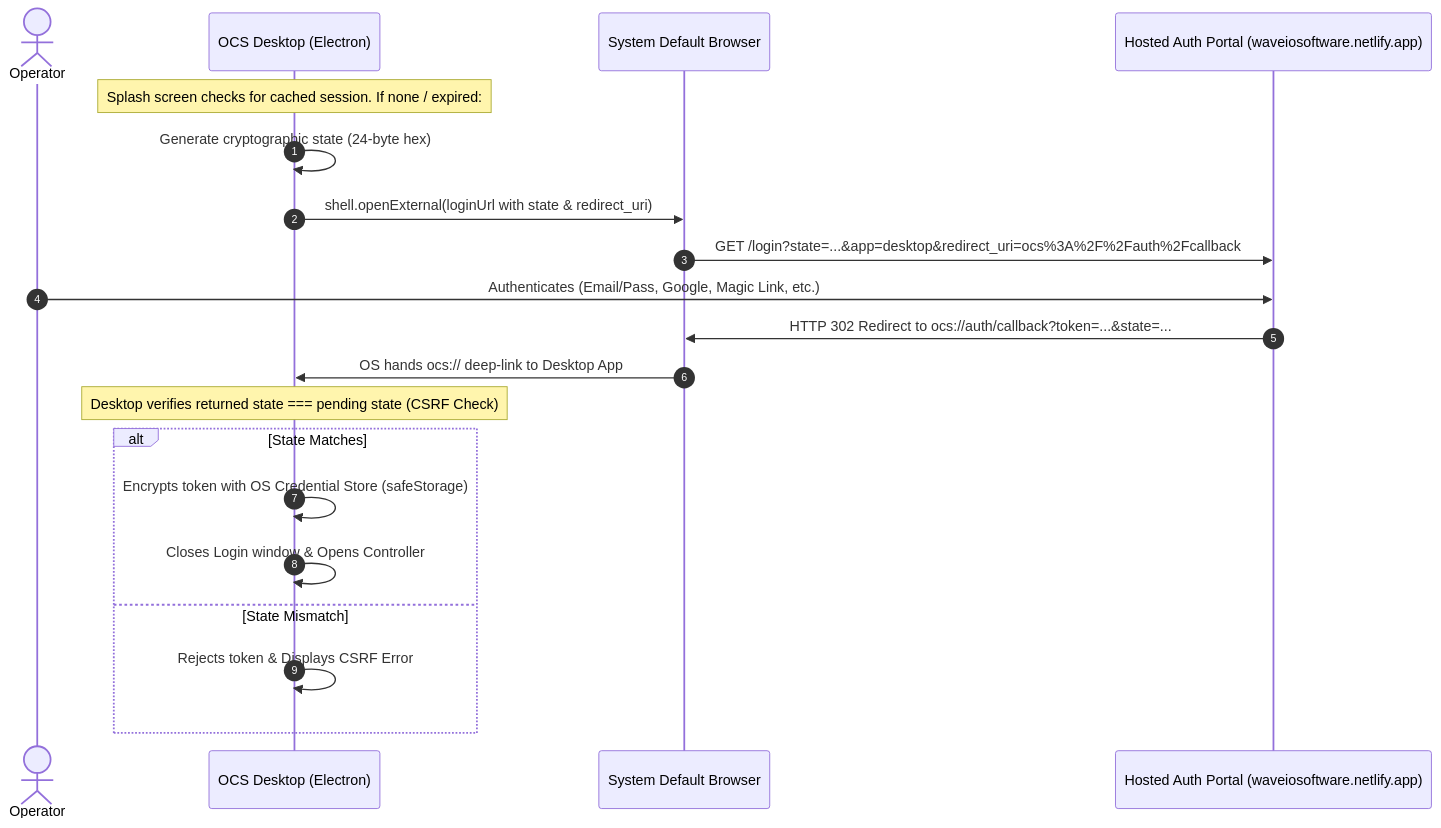
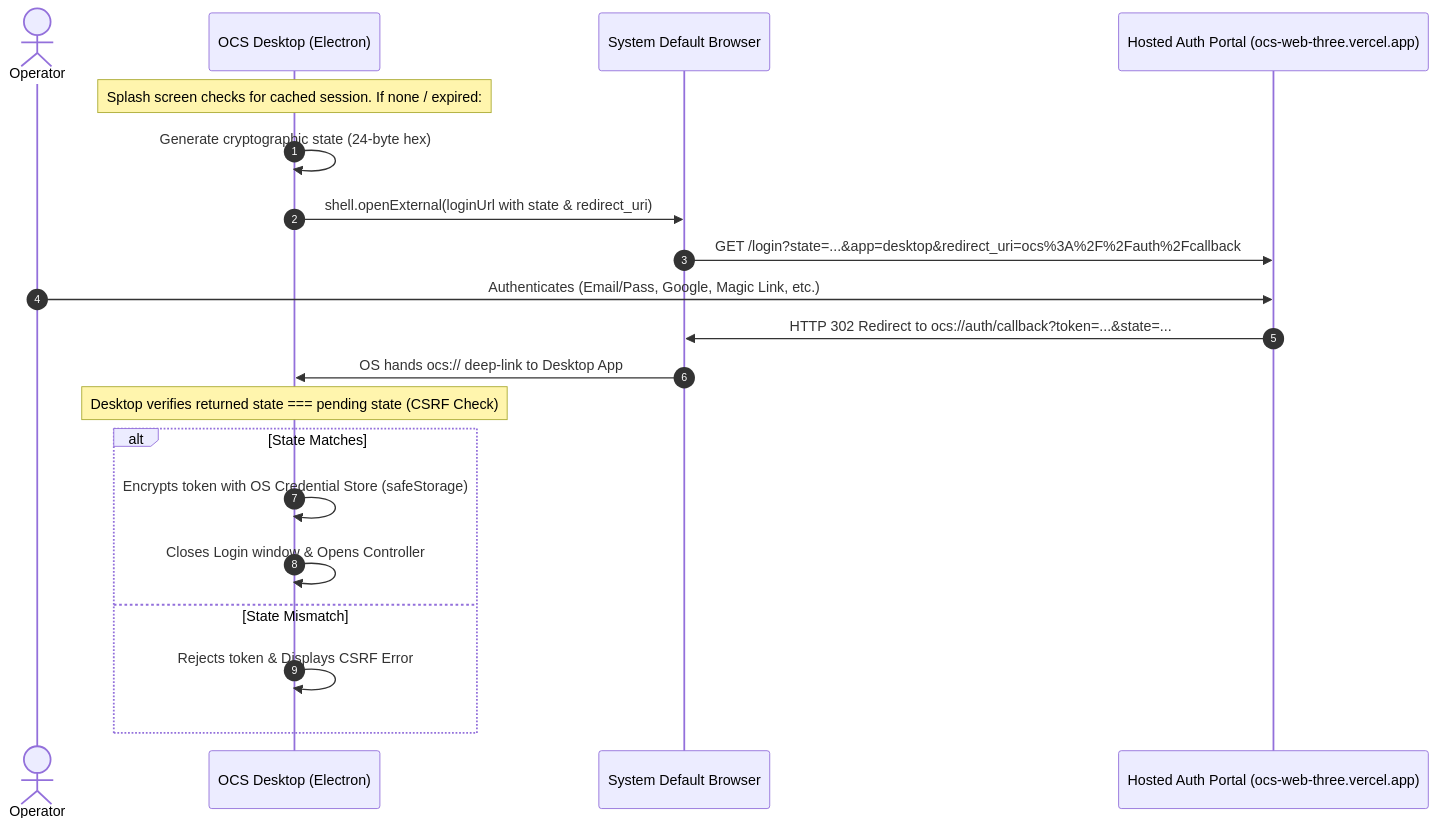
One commit to AceRex/OCS changed the diagram in docs/AUTH_CONTRACT.md. Above: the diagram before and after it, drawn with Mermaid. The commit also changed other lines of this file and 4 other files, not shown here.

Commit message:
chore: migrate authentication host to ocs-web-three.vercel.app

````diff
--- a/docs/AUTH_CONTRACT.md
+++ b/docs/AUTH_CONTRACT.md
@@ -9,23 +9,23 @@
 ```mermaid
 sequenceDiagram
     autonumber
     actor Operator
     participant Desktop as OCS Desktop (Electron)
     participant Browser as System Default Browser
-    participant WebAuth as Hosted Auth Portal (waveiosoftware.netlify.app)
+    participant WebAuth as Hosted Auth Portal (ocs-web-three.vercel.app)
 
     Note over Desktop: Splash screen checks for cached session. If none / expired:
     Desktop->>Desktop: Generate cryptographic state (24-byte hex)
     Desktop->>Browser: shell.openExternal(loginUrl with state & redirect_uri)
     Browser->>WebAuth: GET /login?state=...&app=desktop&redirect_uri=ocs%3A%2F%2Fauth%2Fcallback
     Operator->>WebAuth: Authenticates (Email/Pass, Google, Magic Link, etc.)
     WebAuth->>Browser: HTTP 302 Redirect to ocs://auth/callback?token=...&state=...
     Browser->>Desktop: OS hands ocs:// deep-link to Desktop App
     Note over Desktop: Desktop verifies returned state === pending state (CSRF Check)
     alt State Matches
         Desktop->>Desktop: Encrypts token with OS Credential Store (safeStorage)
         Desktop->>Desktop: Closes Login window & Opens Controller
     else State Mismatch
         Desktop->>Desktop: Rejects token & Displays CSRF Error
     end
 ```
````
